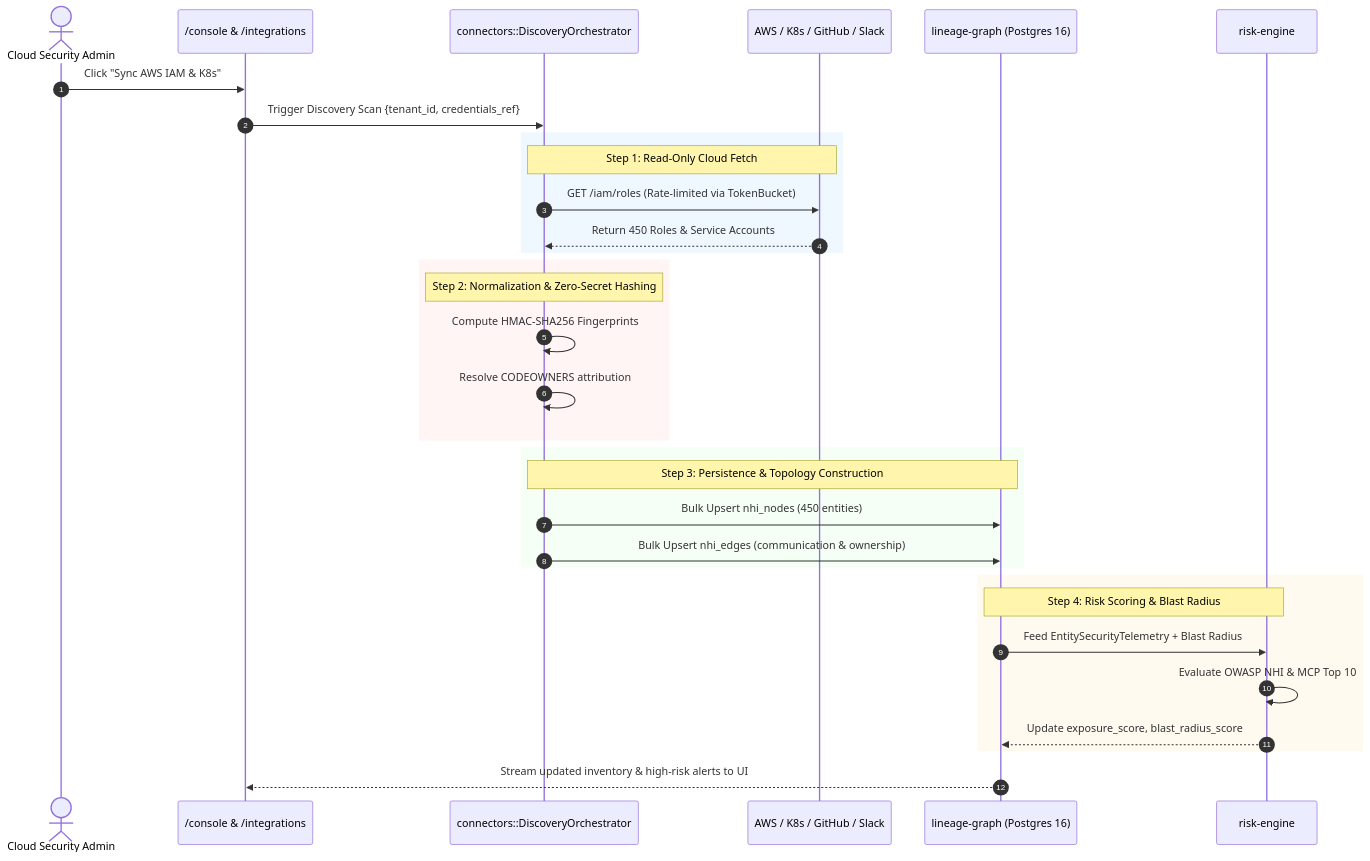
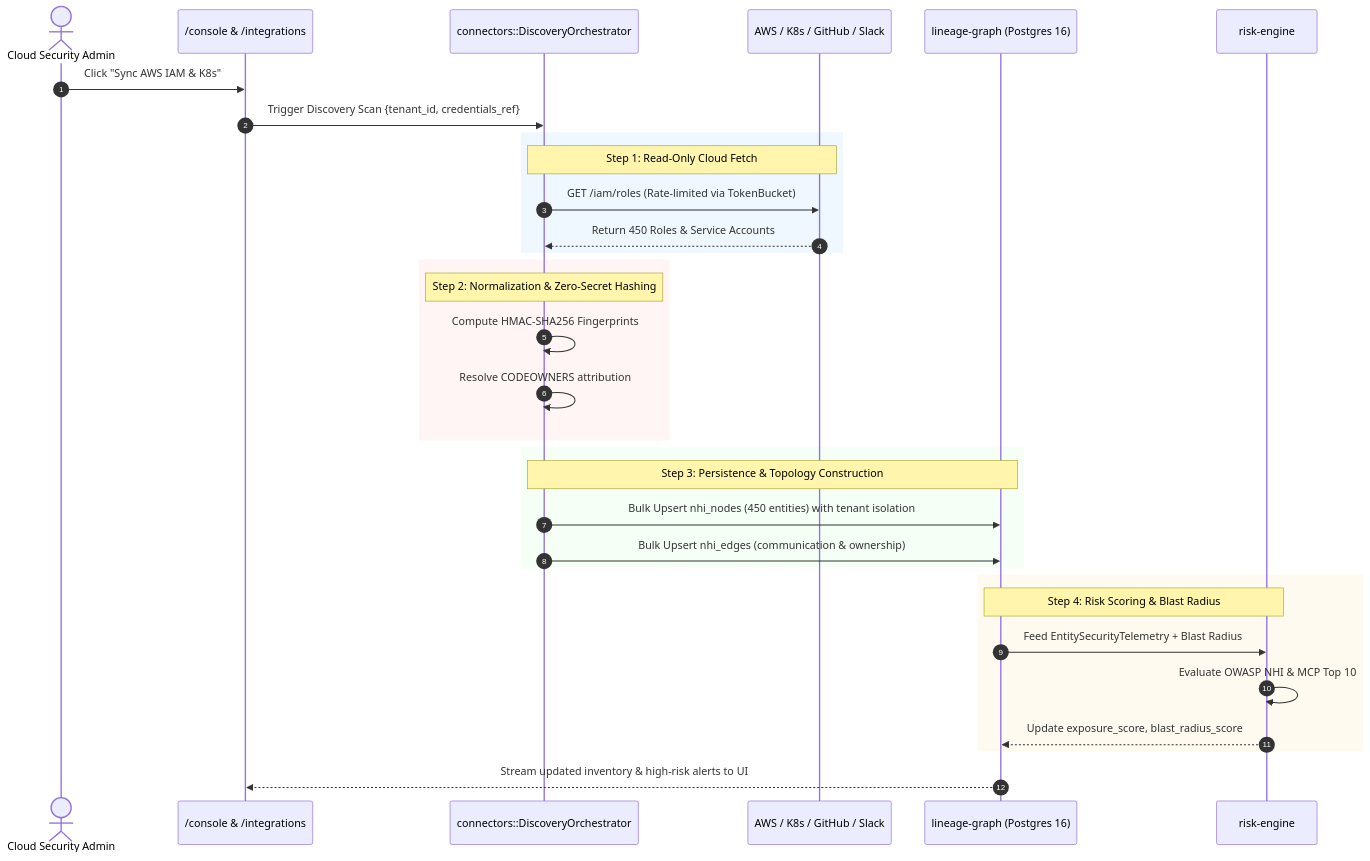
The diagram in docs/architecture/complete-audit/INTEGRATION_ARCHITECTURE.md (GurnoorBagga17/New), drawn with Mermaid before and after one commit. The commit also changed other lines of this file and 15 other files, not shown here.

````diff
--- a/docs/architecture/complete-audit/INTEGRATION_ARCHITECTURE.md
+++ b/docs/architecture/complete-audit/INTEGRATION_ARCHITECTURE.md
@@ -64,40 +86,40 @@
 ```mermaid
 sequenceDiagram
     autonumber
     actor Admin as Cloud Security Admin
     participant Console as /console & /integrations
     participant Orchestrator as connectors::DiscoveryOrchestrator
     participant CloudApi as AWS / K8s / GitHub / Slack
     participant Lineage as lineage-graph (Postgres 16)
     participant Risk as risk-engine
 
     Admin->>Console: Click "Sync AWS IAM & K8s"
     Console->>Orchestrator: Trigger Discovery Scan {tenant_id, credentials_ref}
     
     rect rgb(240, 248, 255)
         Note over Orchestrator,CloudApi: Step 1: Read-Only Cloud Fetch
         Orchestrator->>CloudApi: GET /iam/roles (Rate-limited via TokenBucket)
         CloudApi-->>Orchestrator: Return 450 Roles & Service Accounts
     end
 
     rect rgb(255, 245, 245)
         Note over Orchestrator: Step 2: Normalization & Zero-Secret Hashing
         Orchestrator->>Orchestrator: Compute HMAC-SHA256 Fingerprints
         Orchestrator->>Orchestrator: Resolve CODEOWNERS attribution
     end
 
     rect rgb(245, 255, 245)
         Note over Orchestrator,Lineage: Step 3: Persistence & Topology Construction
-        Orchestrator->>Lineage: Bulk Upsert nhi_nodes (450 entities)
+        Orchestrator->>Lineage: Bulk Upsert nhi_nodes (450 entities) with tenant isolation
         Orchestrator->>Lineage: Bulk Upsert nhi_edges (communication & ownership)
     end
 
     rect rgb(255, 250, 240)
         Note over Lineage,Risk: Step 4: Risk Scoring & Blast Radius
         Lineage->>Risk: Feed EntitySecurityTelemetry + Blast Radius
         Risk->>Risk: Evaluate OWASP NHI & MCP Top 10
         Risk-->>Lineage: Update exposure_score, blast_radius_score
     end
 
     Lineage-->>Console: Stream updated inventory & high-risk alerts to UI
 ```
````
